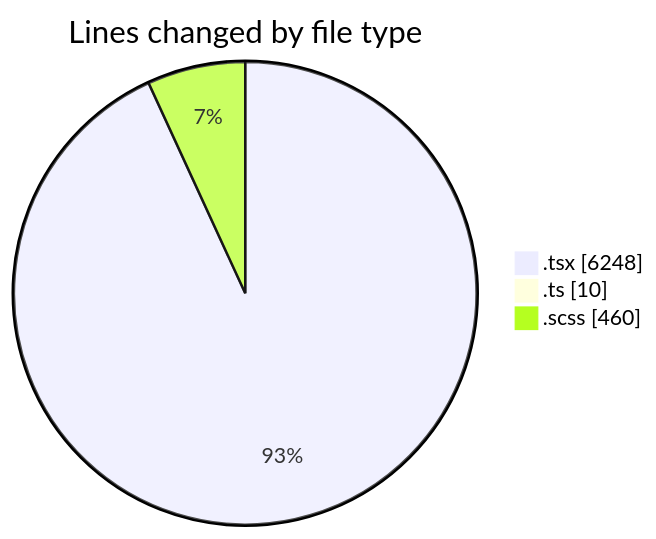
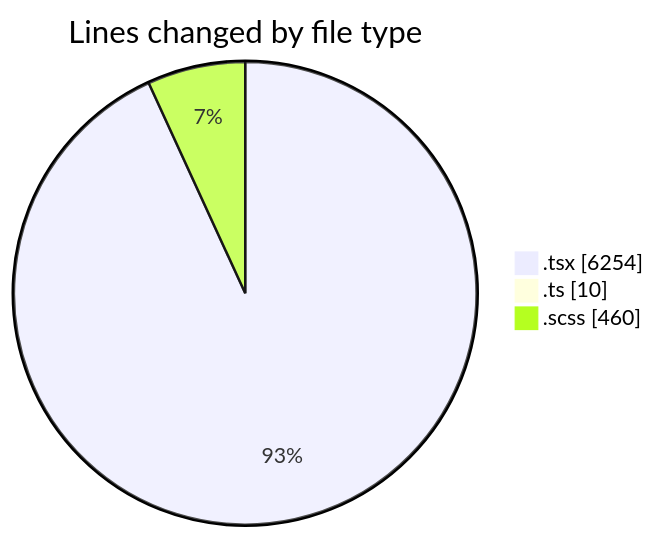
Before and after one commit to momahboobian/code-tracking: the first of 2 diagrams in 2025-11-17/cda/README.md, drawn with Mermaid. The commit also changed other lines of this file and 1 other file, not shown here.

````diff
--- a/2025-11-17/cda/README.md
+++ b/2025-11-17/cda/README.md
@@ -31,7 +31,7 @@
 ```mermaid
 pie showData
 title Lines changed by file type
-".tsx" : 6248
+".tsx" : 6254
 ".ts" : 10
 ".scss" : 460
 ```
````
